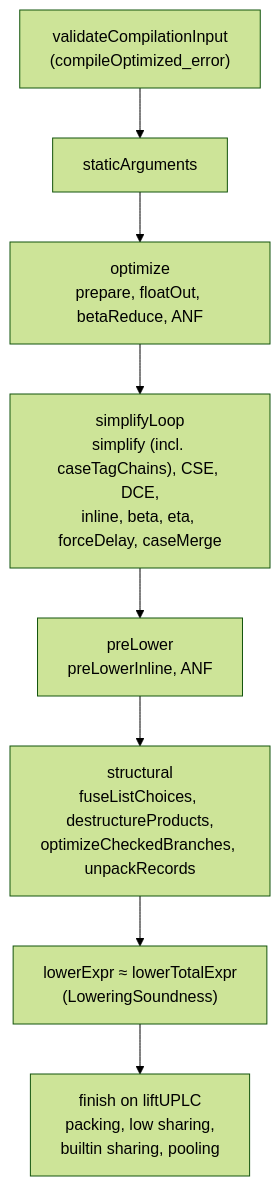
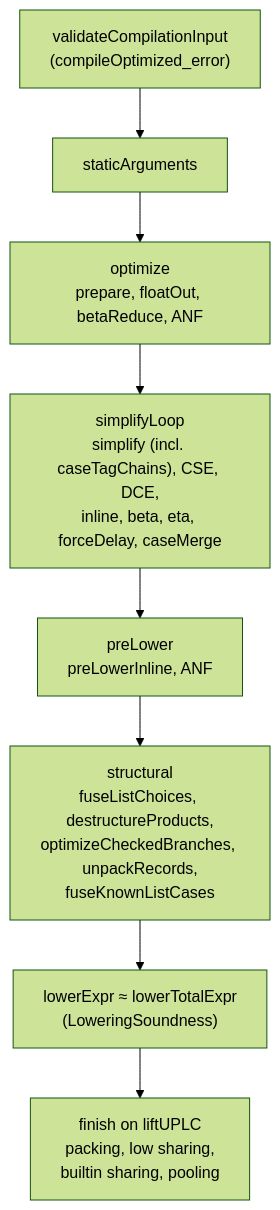
The diagram in docs/MIR-Pipeline-Soundness.md (SeungheonOh/Moist), drawn with Mermaid (forest theme) before and after one commit. The commit also changed other lines of this file and 16 other files, not shown here.

First line of the commit message:
opt(mir): fuse nullList tests into list cases on known lists

````diff
--- a/docs/MIR-Pipeline-Soundness.md
+++ b/docs/MIR-Pipeline-Soundness.md
@@ -48,10 +48,10 @@
 ```mermaid
 graph TD
   V["validateCompilationInput<br>(compileOptimized_error)"] --> S["staticArguments"]
   S --> O["optimize<br>prepare, floatOut, betaReduce, ANF"]
   O --> L["simplifyLoop<br>simplify (incl. caseTagChains), CSE, DCE,<br>inline, beta, eta, forceDelay, caseMerge"]
   L --> P["preLower<br>preLowerInline, ANF"]
-  P --> T["structural<br>fuseListChoices, destructureProducts,<br>optimizeCheckedBranches, unpackRecords"]
+  P --> T["structural<br>fuseListChoices, destructureProducts,<br>optimizeCheckedBranches, unpackRecords,<br>fuseKnownListCases"]
   T --> W["lowerExpr ≈ lowerTotalExpr<br>(LoweringSoundness)"]
   W --> F["finish on liftUPLC<br>packing, low sharing,<br>builtin sharing, pooling"]
 ```
````
